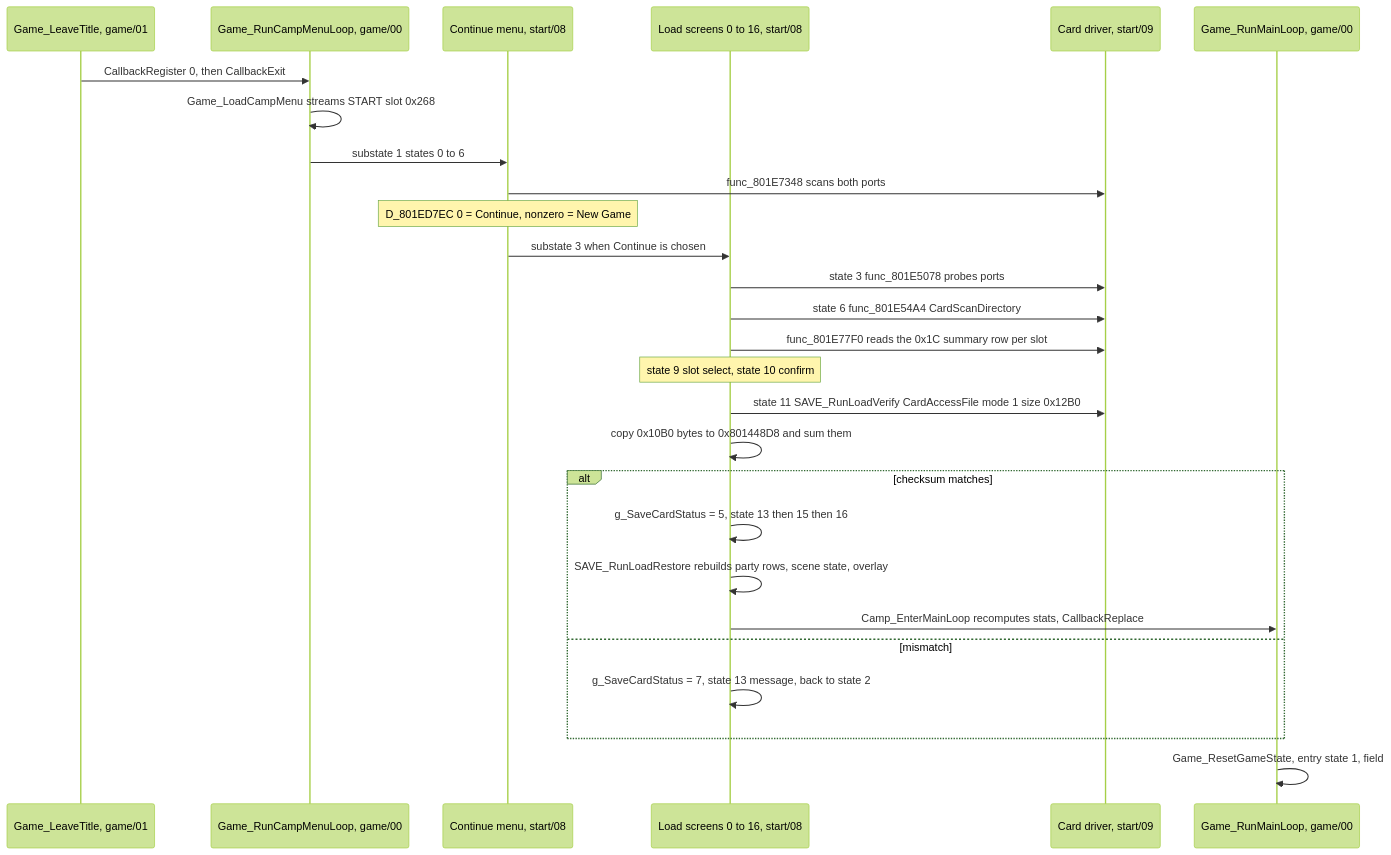
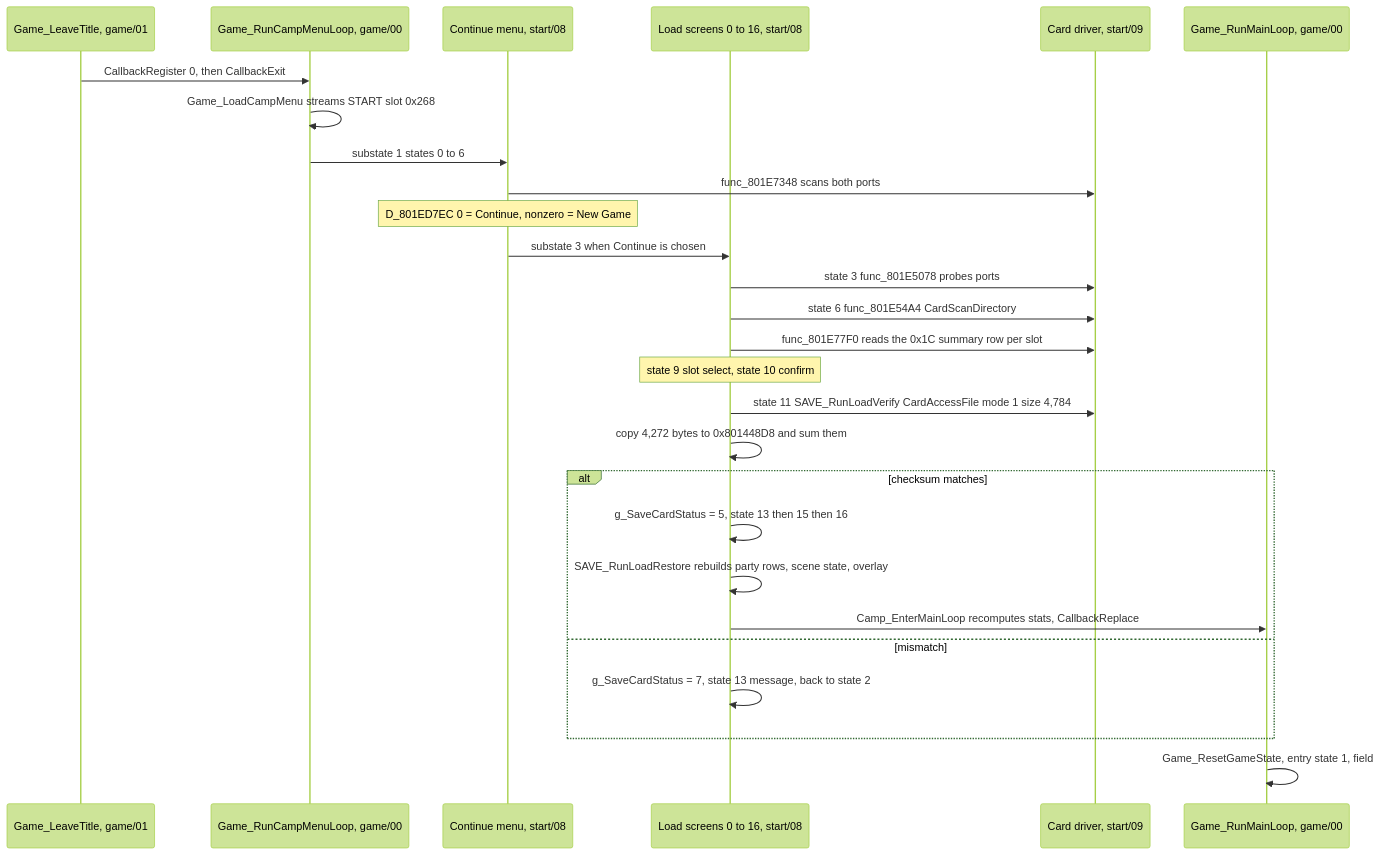
One commit to raulcorreia7/bof3-wiki changed the second of 2 diagrams in src/systems/saving.md. Above: the diagram before and after it, drawn with Mermaid (forest theme). The commit also changed other lines of this file and 33 other files, not shown here.

````diff
--- a/src/systems/saving.md
+++ b/src/systems/saving.md
@@ -110,30 +110,30 @@
 ```mermaid
 sequenceDiagram
     participant Title as Game_LeaveTitle, game/01
     participant Camp as Game_RunCampMenuLoop, game/00
     participant Menu as Continue menu, start/08
     participant Load as Load screens 0 to 16, start/08
     participant Drv as Card driver, start/09
     participant Main as Game_RunMainLoop, game/00
 
     Title->>Camp: CallbackRegister 0, then CallbackExit
     Camp->>Camp: Game_LoadCampMenu streams START slot 0x268
     Camp->>Menu: substate 1 states 0 to 6
     Menu->>Drv: func_801E7348 scans both ports
     Note over Menu: D_801ED7EC 0 = Continue, nonzero = New Game
     Menu->>Load: substate 3 when Continue is chosen
     Load->>Drv: state 3 func_801E5078 probes ports
     Load->>Drv: state 6 func_801E54A4 CardScanDirectory
     Load->>Drv: func_801E77F0 reads the 0x1C summary row per slot
     Note over Load: state 9 slot select, state 10 confirm
-    Load->>Drv: state 11 SAVE_RunLoadVerify CardAccessFile mode 1 size 0x12B0
-    Load->>Load: copy 0x10B0 bytes to 0x801448D8 and sum them
+    Load->>Drv: state 11 SAVE_RunLoadVerify CardAccessFile mode 1 size 4,784
+    Load->>Load: copy 4,272 bytes to 0x801448D8 and sum them
     alt checksum matches
         Load->>Load: g_SaveCardStatus = 5, state 13 then 15 then 16
         Load->>Load: SAVE_RunLoadRestore rebuilds party rows, scene state, overlay
         Load->>Main: Camp_EnterMainLoop recomputes stats, CallbackReplace
     else mismatch
         Load->>Load: g_SaveCardStatus = 7, state 13 message, back to state 2
     end
     Main->>Main: Game_ResetGameState, entry state 1, field
 ```
````
